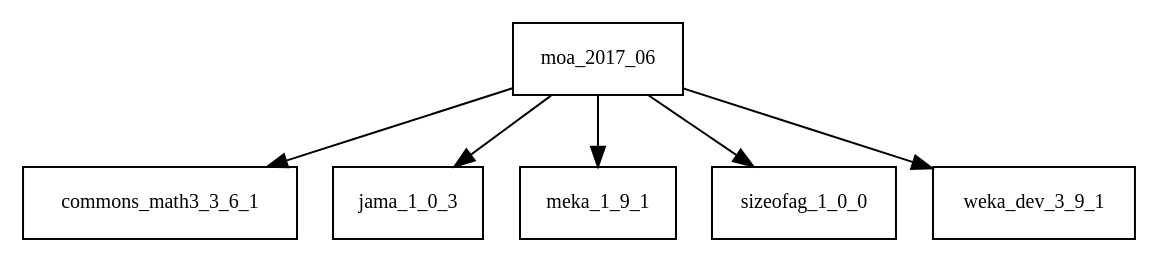
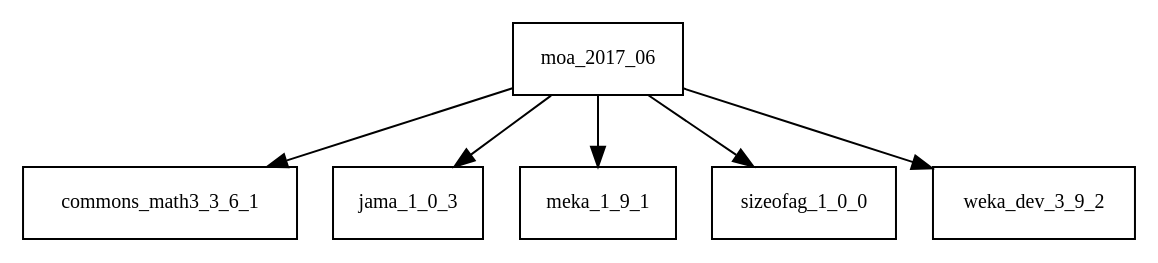
Before and after one commit to AglaianWoman/cia: the diagram in tattleTaleReport/graphviz/moa-2017.06.jar/moa-2017.06.jar.dot, drawn with Graphviz. The commit also changed 2727 other files, not shown here.

```diff
--- a/tattleTaleReport/graphviz/moa-2017.06.jar/moa-2017.06.jar.dot
+++ b/tattleTaleReport/graphviz/moa-2017.06.jar/moa-2017.06.jar.dot
@@ -1,8 +1,8 @@
 digraph moa_2017_06_dependencies {
   node [shape = box, fontsize=10.0];
   moa_2017_06 -> commons_math3_3_6_1;
   moa_2017_06 -> jama_1_0_3;
   moa_2017_06 -> meka_1_9_1;
   moa_2017_06 -> sizeofag_1_0_0;
-  moa_2017_06 -> weka_dev_3_9_1;
+  moa_2017_06 -> weka_dev_3_9_2;
 }
```
